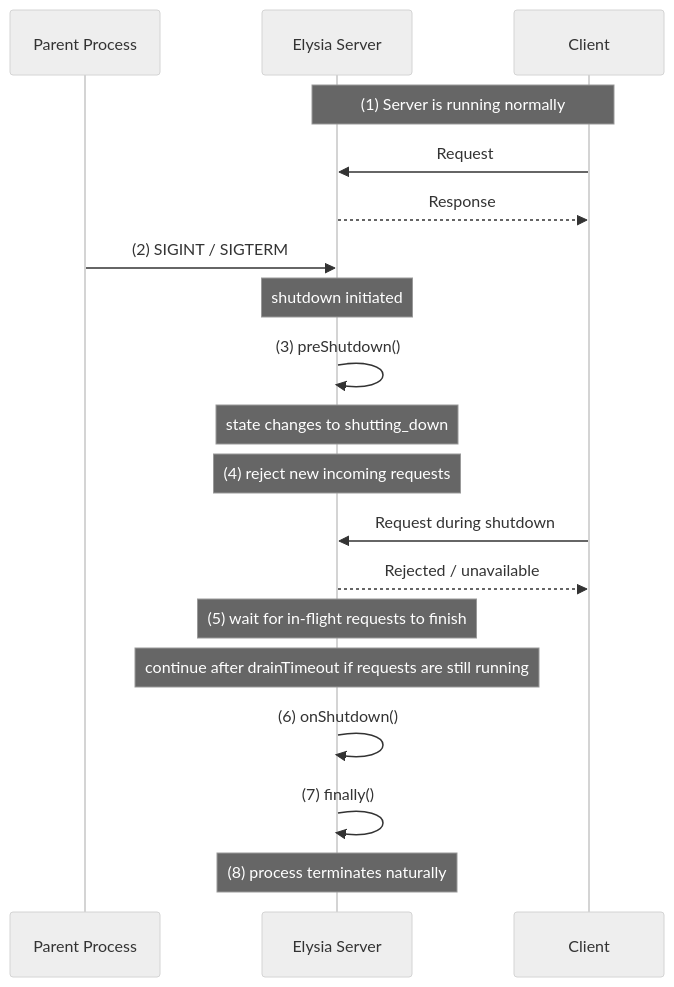
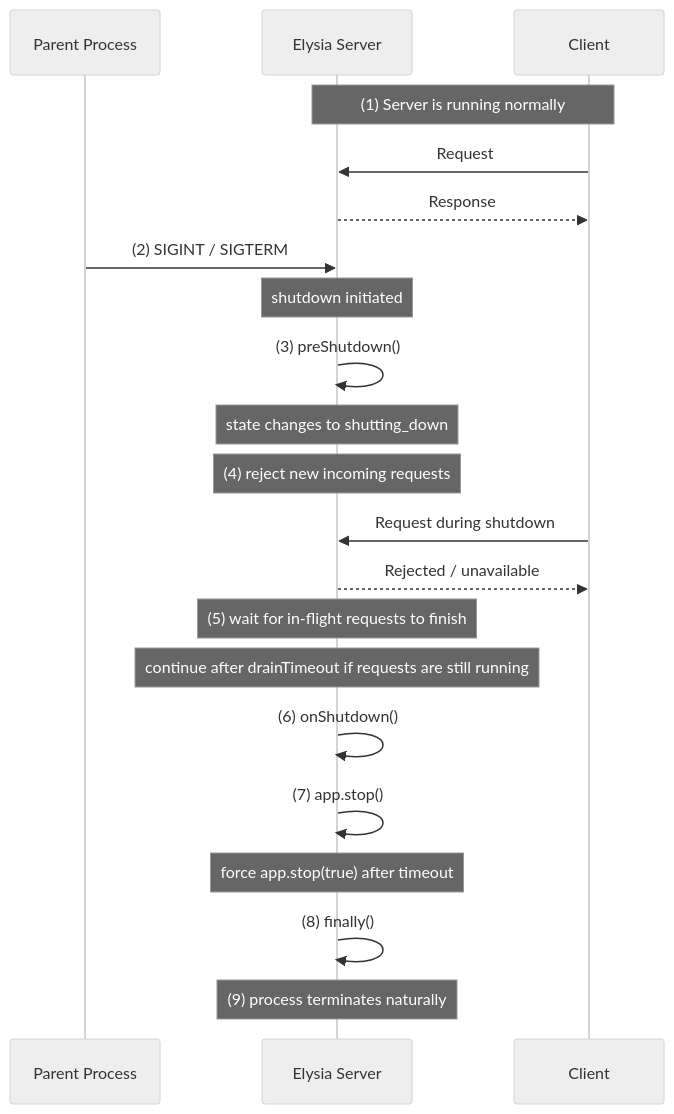
The diagram in README.md (Naviary-Sanctuary/elysia-graceful-shutdown), drawn with Mermaid (neutral theme) before and after one commit. The commit also changed other lines of this file and 5 other files, not shown here.

Commit message:
feat: timeout for clsoing app

````diff
--- a/README.md
+++ b/README.md
@@ -62,30 +64,32 @@
 ```mermaid
 sequenceDiagram
     participant P as Parent Process
     participant S as Elysia Server
     participant C as Client
 
     Note over S,C: (1) Server is running normally
 
     C->>S: Request
     S-->>C: Response
 
     P->>S: (2) SIGINT / SIGTERM
     Note over S: shutdown initiated
 
     S->>S: (3) preShutdown()
     Note over S: state changes to shutting_down
 
     Note over S: (4) reject new incoming requests
 
     C->>S: Request during shutdown
     S-->>C: Rejected / unavailable
 
     Note over S: (5) wait for in-flight requests to finish
     Note over S: continue after drainTimeout if requests are still running
 
     S->>S: (6) onShutdown()
-    S->>S: (7) finally()
+    S->>S: (7) app.stop()
+    Note over S: force app.stop(true) after timeout
+    S->>S: (8) finally()
 
-    Note over S: (8) process terminates naturally
+    Note over S: (9) process terminates naturally
 ```
````
